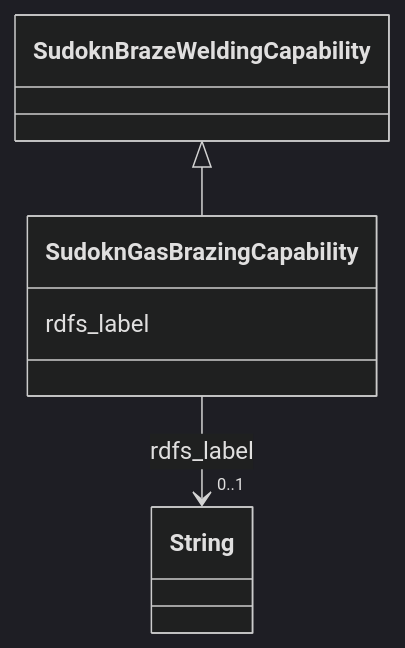
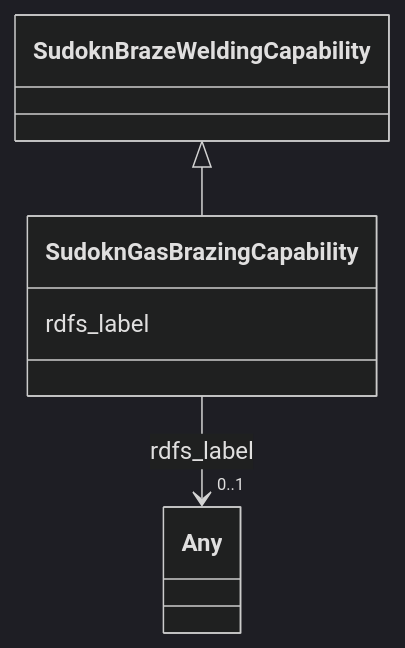
Before and after one commit to frink-okn/graph-descriptions: the diagram in sudokn-kg/classes/SudoknGasBrazingCapability.md, drawn with Mermaid (dark theme). The commit also changed other lines of this file and 903 other files, not shown here.

````diff
--- a/sudokn-kg/classes/SudoknGasBrazingCapability.md
+++ b/sudokn-kg/classes/SudoknGasBrazingCapability.md
@@ -23,18 +16,18 @@
 ```mermaid
  classDiagram
     class SudoknGasBrazingCapability
     click SudoknGasBrazingCapability href "../SudoknGasBrazingCapability"
       SudoknBrazeWeldingCapability <|-- SudoknGasBrazingCapability
         click SudoknBrazeWeldingCapability href "../SudoknBrazeWeldingCapability"
       
       SudoknGasBrazingCapability : rdfs_label
         
           
     
     
-    SudoknGasBrazingCapability --> "0..1" String : rdfs_label
-    click String href "../String"
+    SudoknGasBrazingCapability --> "0..1" Any : rdfs_label
+    click Any href "../Any"
 
         
       
 ```
````
